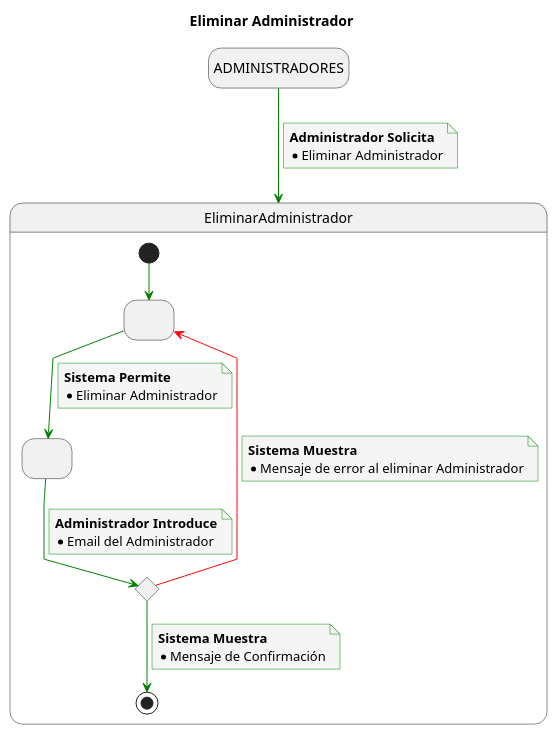
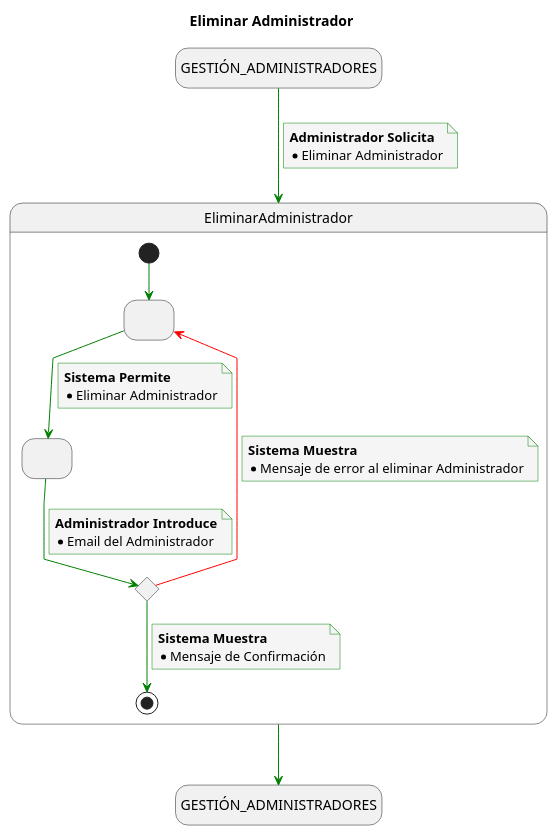
One commit to mmasias/23-24-IdSw1-SDR changed the diagram in Caso_de_Uso/Casos_de_Uso/Usuarios/Administrador/CRUD_Administradores/Eliminar_Administrador/Caso_de_Uso.puml. Above: the diagram before and after it, drawn with PlantUML. The commit also changed 59 other files, not shown here.

```diff
--- a/Caso_de_Uso/Casos_de_Uso/Usuarios/Administrador/CRUD_Administradores/Eliminar_Administrador/Caso_de_Uso.puml
+++ b/Caso_de_Uso/Casos_de_Uso/Usuarios/Administrador/CRUD_Administradores/Eliminar_Administrador/Caso_de_Uso.puml
@@ -1,55 +1,58 @@
 @startuml
 
 title Eliminar Administrador
 
 skinparam {
     NoteBackgroundColor #whiteSmoke
     ArrowColor #green
     NoteBorderColor #green
     linetype polyline
 }
 
 hide empty description
 
-state startState as "ADMINISTRADORES"
+state startState as "GESTIÓN_ADMINISTRADORES"
+state endState as "GESTIÓN_ADMINISTRADORES"
 
 startState --> EliminarAdministrador
 note on link
     <b>Administrador Solicita</b>
     * Eliminar Administrador
 end note
+
+EliminarAdministrador --> endState
 
 state EliminarAdministrador {
 state 2 as " "
 state 3 as " "
 state 4 <<choice>>
 
 [*] -down-> 2
 
 2 -down-> 3
 note on link
 <b>Sistema Permite</b>
 * Eliminar Administrador
 end note
 
 3 -down-> 4
 note on link
 <b>Administrador Introduce</b>
 * Email del Administrador
 end note
 
 4 -down-> [*]
 note on link
 <b>Sistema Muestra</b>
 * Mensaje de Confirmación
 end note
 
 4 -[#red]-> 2
 note on link
 <b>Sistema Muestra</b>
 * Mensaje de error al eliminar Administrador
 end note
 
 }
 
 @enduml
```
